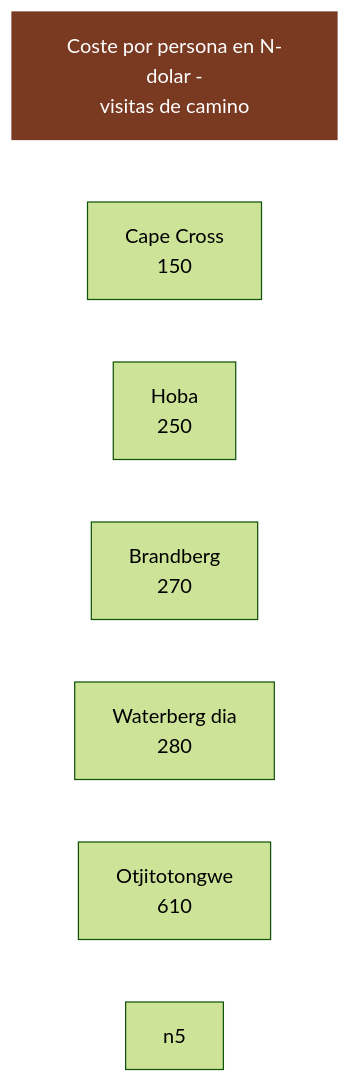
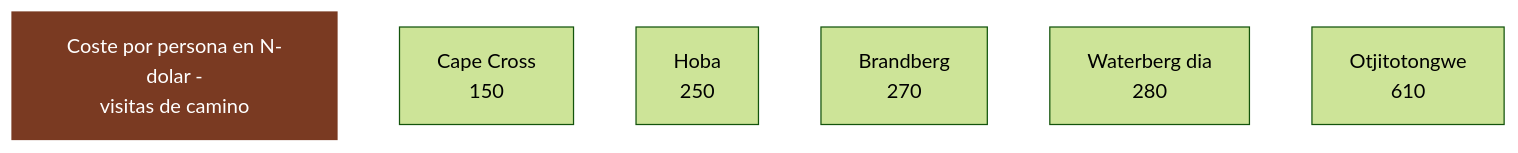
The third of 3 diagrams in 11-lista-google-maps.md (morandeirachema/namibia), drawn with Mermaid (forest theme) before and after one commit. The commit also changed other lines of this file and 10 other files, not shown here.

````diff
--- a/11-lista-google-maps.md
+++ b/11-lista-google-maps.md
@@ -197,16 +192,15 @@
 ```mermaid
-flowchart TD
+flowchart LR
     T["Coste por persona en N-dolar -<br/>visitas de camino"]
     n0["Cape Cross<br/>150"]
     n1["Hoba<br/>250"]
     n2["Brandberg<br/>270"]
     n3["Waterberg dia<br/>280"]
     n4["Otjitotongwe<br/>610"]
     T ~~~ n0
     n0 ~~~ n1
     n1 ~~~ n2
     n2 ~~~ n3
     n3 ~~~ n4
-    n4 ~~~ n5
     style T fill:#7a3a22,color:#fff,stroke:#7a3a22
 ```
````
